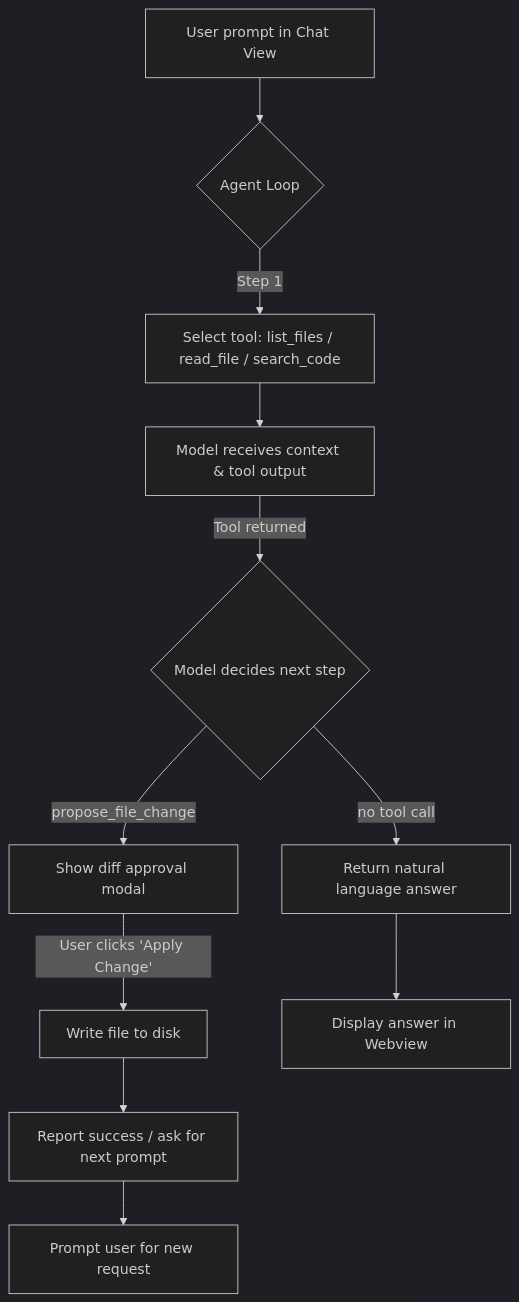
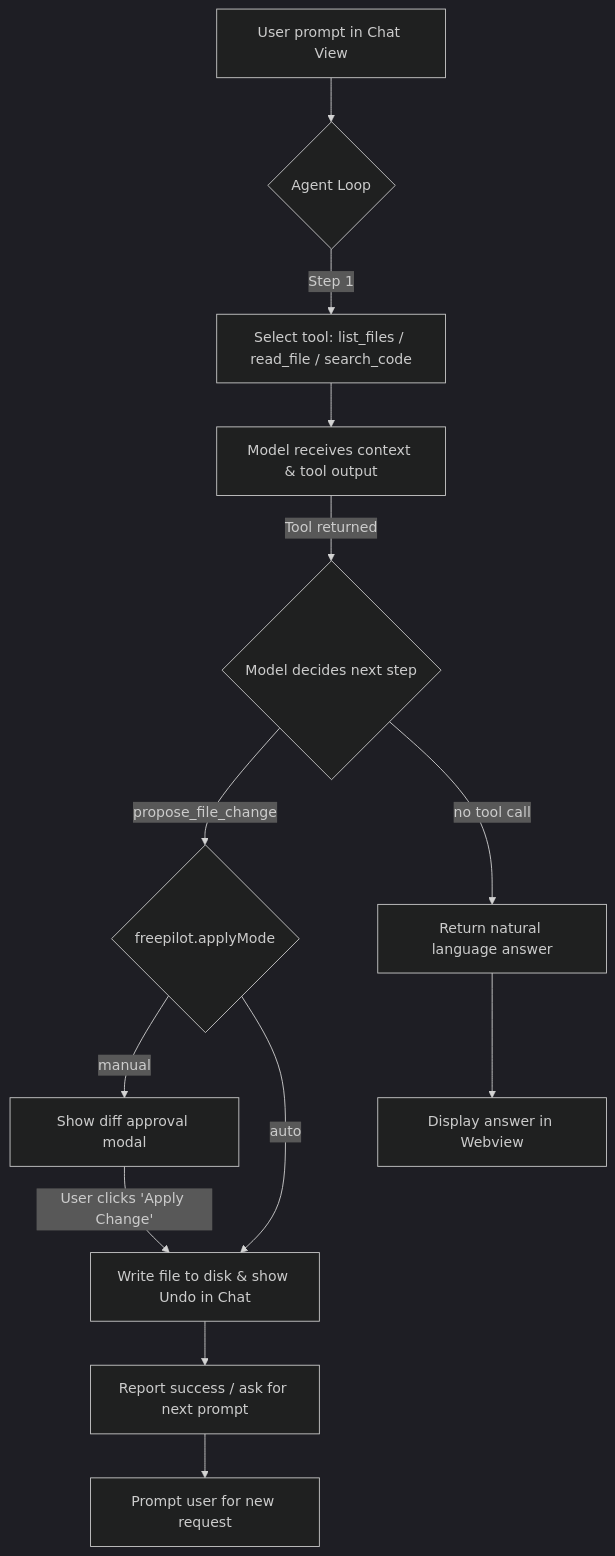
The diagram in README.md (Vinoth-tnj/freepilot), drawn with Mermaid (dark theme) before and after one commit. The commit also changed other lines of this file and 4 other files, not shown here.

````diff
--- a/README.md
+++ b/README.md
@@ -30,13 +30,15 @@
 ```mermaid
 flowchart TD
     A["User prompt in Chat View"] --> B{"Agent Loop"}
     B -->|Step 1| C["Select tool: list_files / read_file / search_code"]
     C --> D["Model receives context & tool output"]
     D -->|Tool returned| E{"Model decides next step"}
-    E -->|propose_file_change| F["Show diff approval modal"]
-    F -->|"User clicks 'Apply Change'"| G["Write file to disk"]
-    G --> H["Report success / ask for next prompt"]
-    E -->|no tool call| I["Return natural language answer"]
-    I --> J["Display answer in Webview"]
-    H --> K["Prompt user for new request"]
+    E -->|propose_file_change| F{"freepilot.applyMode"}
+    F -->|manual| G["Show diff approval modal"]
+    G -->|"User clicks 'Apply Change'"| H["Write file to disk"]
+    F -->|auto| H["Write file to disk & show Undo in Chat"]
+    H --> I["Report success / ask for next prompt"]
+    E -->|no tool call| J["Return natural language answer"]
+    J --> K["Display answer in Webview"]
+    I --> L["Prompt user for new request"]
 ```
````
